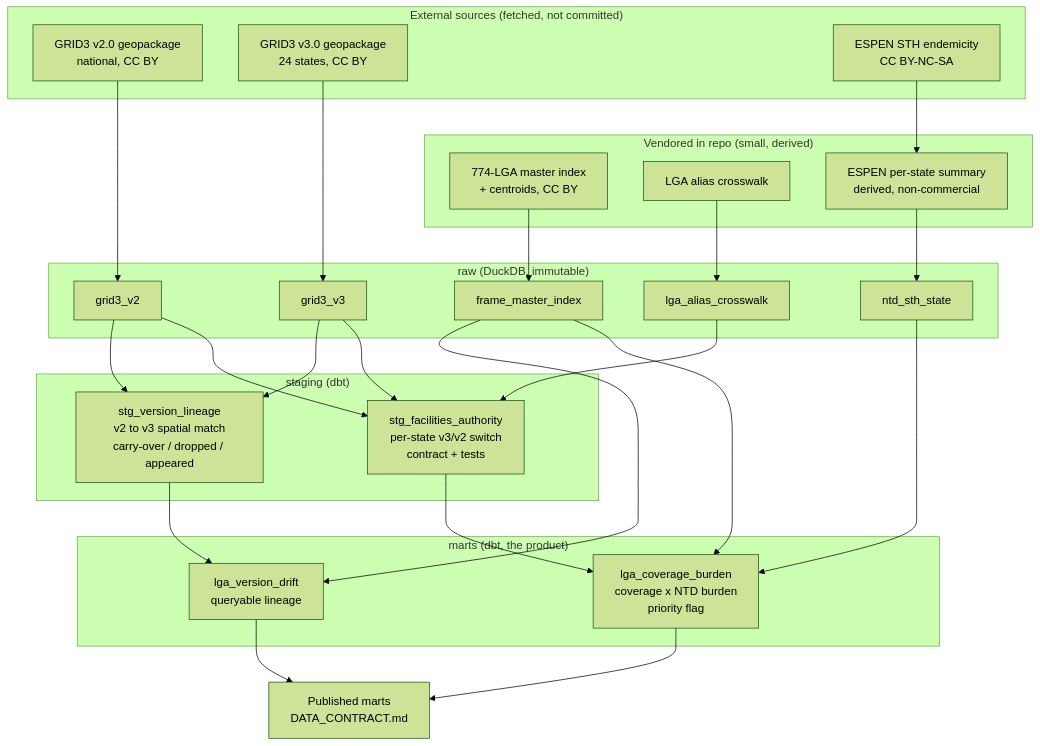
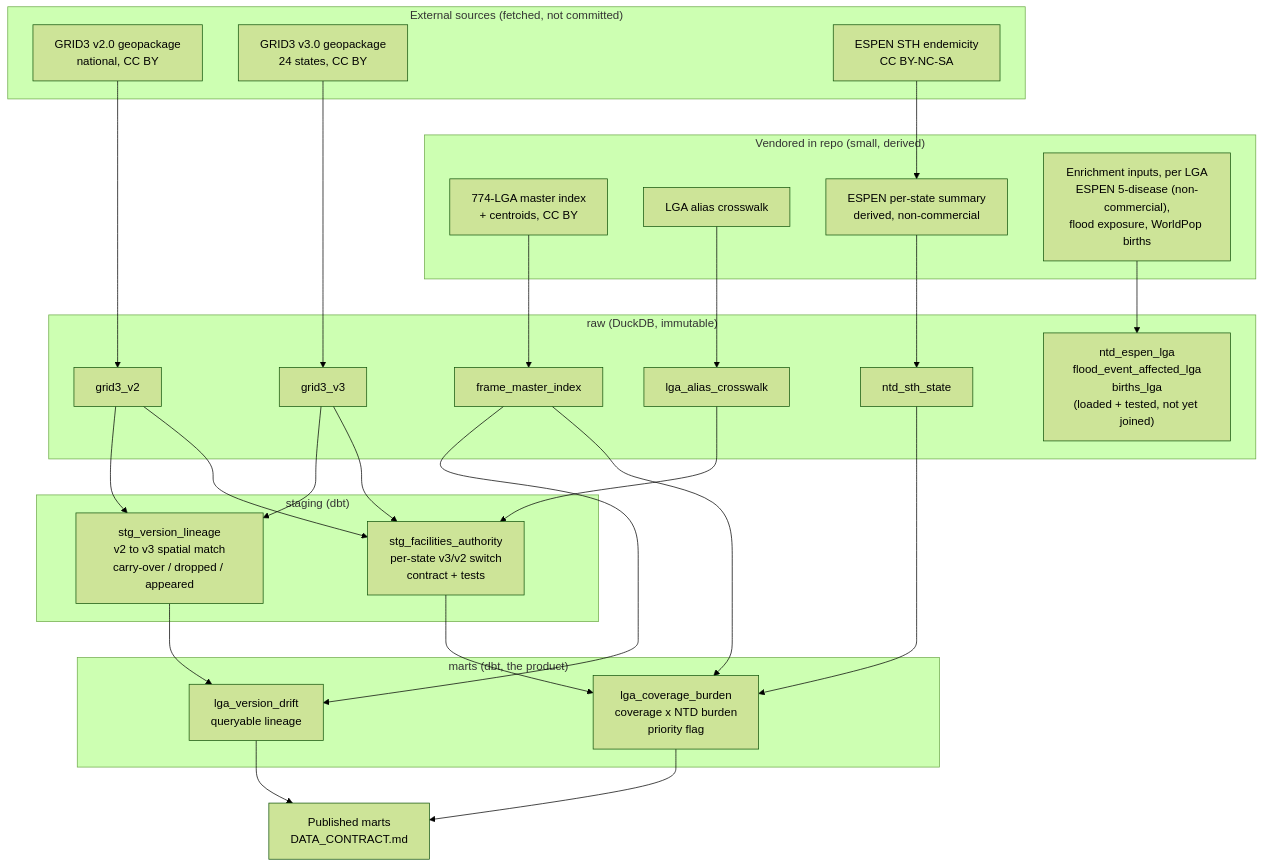
Before and after one commit to Behordeun/nigeria-facility-register: the first of 3 diagrams in docs/ARCHITECTURE.md, drawn with Mermaid (forest theme). The commit also changed 14 other files, not shown here.

First line of the commit message:
Load the per-LGA enrichment inputs as tested raw sources

````diff
--- a/docs/ARCHITECTURE.md
+++ b/docs/ARCHITECTURE.md
@@ -7,53 +7,56 @@
 ```mermaid
 flowchart TD
     subgraph sources["External sources (fetched, not committed)"]
         G2["GRID3 v2.0 geopackage<br/>national, CC BY"]
         G3["GRID3 v3.0 geopackage<br/>24 states, CC BY"]
         ES["ESPEN STH endemicity<br/>CC BY-NC-SA"]
     end
 
     subgraph vendored["Vendored in repo (small, derived)"]
         FR["774-LGA master index<br/>+ centroids, CC BY"]
         XW["LGA alias crosswalk"]
         NB["ESPEN per-state summary<br/>derived, non-commercial"]
+        EN["Enrichment inputs, per LGA<br/>ESPEN 5-disease (non-commercial),<br/>flood exposure, WorldPop births"]
     end
 
     subgraph raw["raw (DuckDB, immutable)"]
         R2["grid3_v2"]
         R3["grid3_v3"]
         RF["frame_master_index"]
         RX["lga_alias_crosswalk"]
         RN["ntd_sth_state"]
+        RE["ntd_espen_lga<br/>flood_event_affected_lga<br/>births_lga<br/>(loaded + tested, not yet joined)"]
     end
 
     subgraph staging["staging (dbt)"]
         AUTH["stg_facilities_authority<br/>per-state v3/v2 switch<br/>contract + tests"]
         LIN["stg_version_lineage<br/>v2 to v3 spatial match<br/>carry-over / dropped / appeared"]
     end
 
     subgraph marts["marts (dbt, the product)"]
         COV["lga_coverage_burden<br/>coverage x NTD burden<br/>priority flag"]
         LINM["lga_version_drift<br/>queryable lineage"]
     end
 
     G2 --> R2
     G3 --> R3
     FR --> RF
     XW --> RX
     ES --> NB --> RN
+    EN --> RE
 
     R2 --> AUTH
     R3 --> AUTH
     R2 --> LIN
     R3 --> LIN
     RX --> AUTH
 
     AUTH --> COV
     RF --> COV
     RN --> COV
     LIN --> LINM
     RF --> LINM
 
     COV --> OUT["Published marts<br/>DATA_CONTRACT.md"]
     LINM --> OUT
 ```
````
